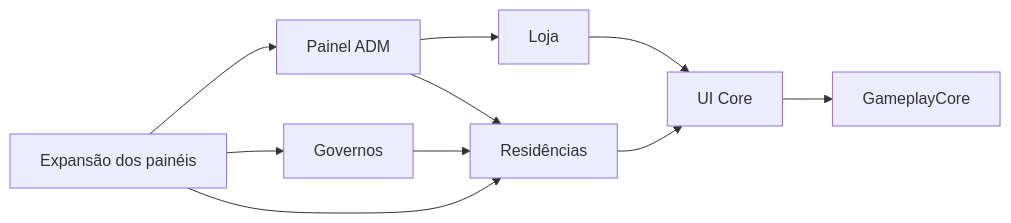
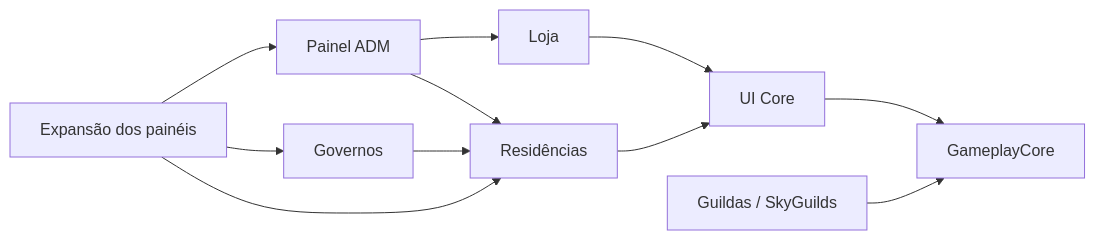
One commit to pablo-rodrigues1/AETHERIUS-ACERVO-DE-INFORMACOES changed the diagram in 02-sistemas/README.md. Above: the diagram before and after it, drawn with Mermaid. The commit also changed other lines of this file and 6 other files, not shown here.

````diff
--- a/02-sistemas/README.md
+++ b/02-sistemas/README.md
@@ -37,12 +38,13 @@
 ```mermaid
 flowchart LR
   ui-core[UI Core] --> gameplay-core[GameplayCore]
   loja[Loja] --> ui-core
   residencias[Residências] --> ui-core
   painel[Painel ADM] --> loja
   painel --> residencias
   governos[Governos] --> residencias
   expansao[Expansão dos painéis] --> governos
+  guildas[Guildas / SkyGuilds] --> gameplay-core
   expansao --> painel
   expansao --> residencias
 ```
````
